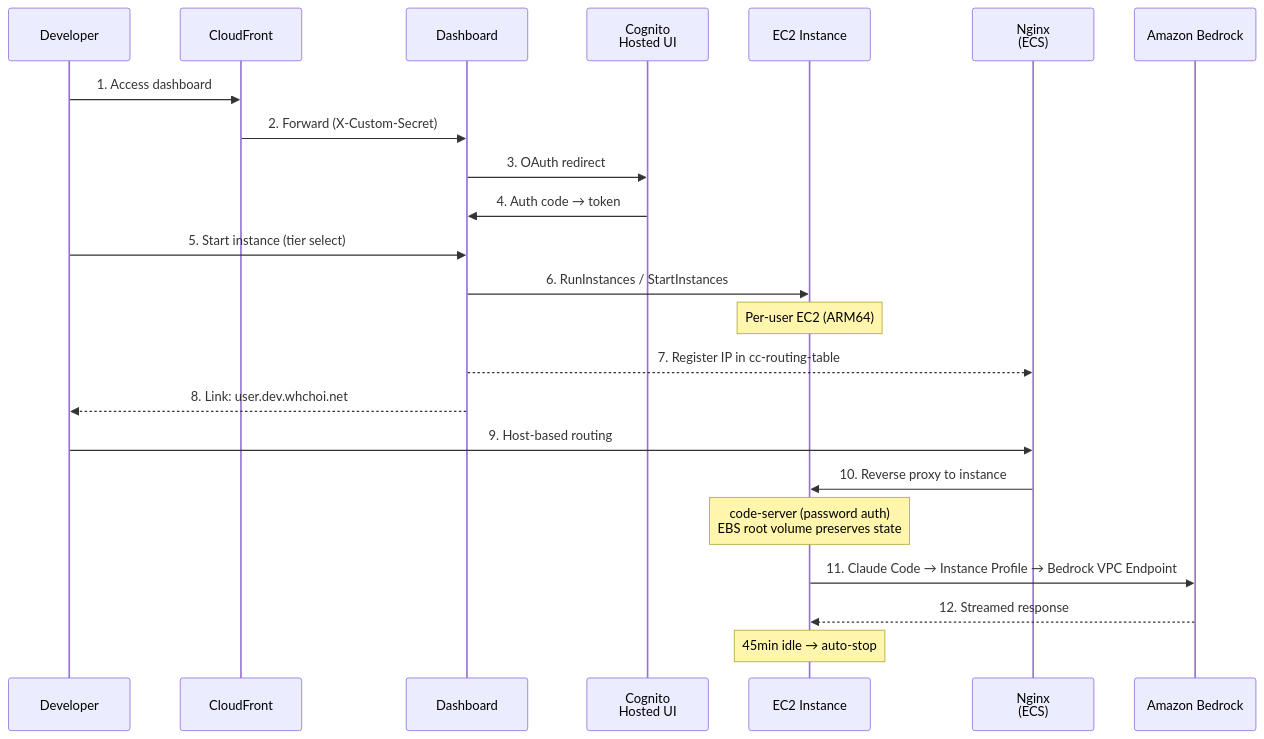
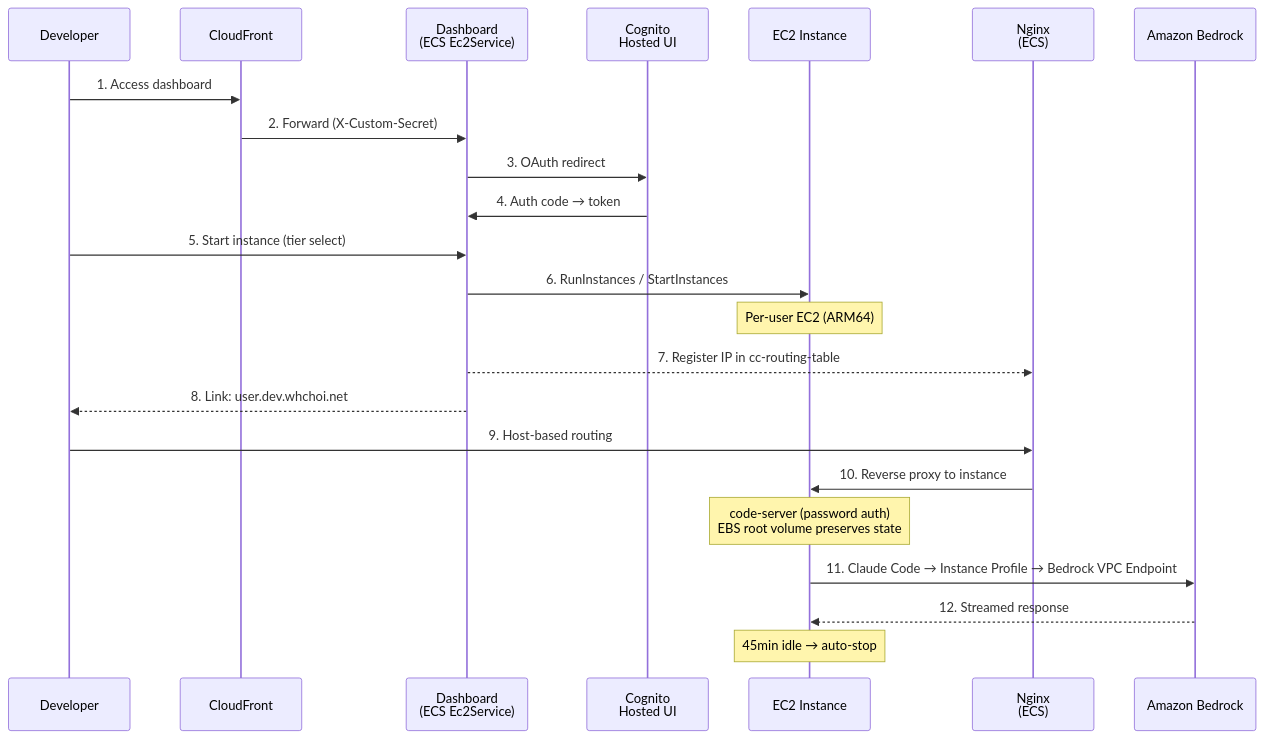
The third of 7 diagrams in docs/architecture.md (Atom-oh/cc-on-bedrock), drawn with Mermaid before and after one commit. The commit also changed other lines of this file and 29 other files, not shown here.

````diff
--- a/docs/architecture.md
+++ b/docs/architecture.md
@@ -154,26 +155,26 @@
 ```mermaid
 sequenceDiagram
     participant User as Developer
     participant CF as CloudFront
-    participant Dash as Dashboard
+    participant Dash as Dashboard<br/>(ECS Ec2Service)
     participant Cognito as Cognito<br/>Hosted UI
     participant EC2 as EC2 Instance
     participant Nginx as Nginx<br/>(ECS)
     participant Bedrock as Amazon Bedrock
 
     User->>CF: 1. Access dashboard
     CF->>Dash: 2. Forward (X-Custom-Secret)
     Dash->>Cognito: 3. OAuth redirect
     Cognito->>Dash: 4. Auth code → token
     User->>Dash: 5. Start instance (tier select)
     Dash->>EC2: 6. RunInstances / StartInstances
     Note over EC2: Per-user EC2 (ARM64)
     Dash-->>Nginx: 7. Register IP in cc-routing-table
     Dash-->>User: 8. Link: user.dev.whchoi.net
     User->>Nginx: 9. Host-based routing
     Nginx->>EC2: 10. Reverse proxy to instance
     Note over EC2: code-server (password auth)<br/>EBS root volume preserves state
     EC2->>Bedrock: 11. Claude Code → Instance Profile → Bedrock VPC Endpoint
     Bedrock-->>EC2: 12. Streamed response
     Note over EC2: 45min idle → auto-stop
 ```
````
